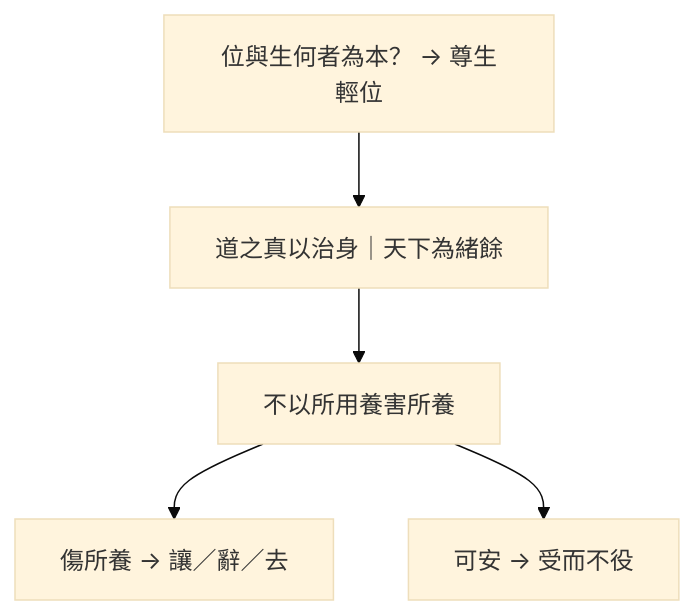
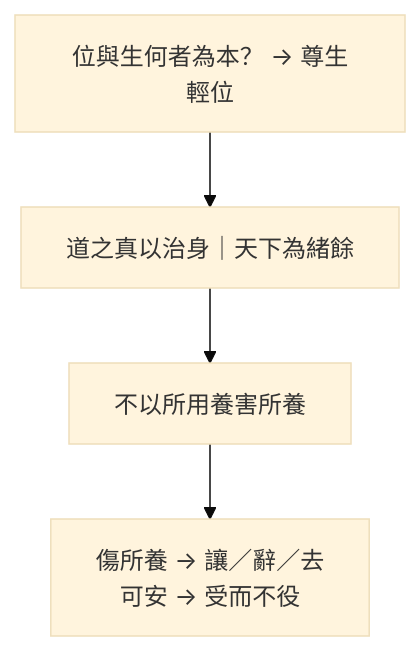
The diagram in content/chapters/03-雜篇/28-讓王.md (show0621/zhuangzi-atlas), drawn with Mermaid (base theme) before and after one commit. The commit also changed 2 other files, not shown here.

Commit message:
fix(print): 移除心智圖字級覆寫，讓 Mermaid 字隨圖放大
先前 font-size:17px !important 在 layout 後把 26–28px 字壓小，
造成框內字過細。改單欄收束〈讓王〉分支，避免左右分叉把畫布拉寬、
節點卻仍偏窄。

````diff
--- a/content/chapters/03-雜篇/28-讓王.md
+++ b/content/chapters/03-雜篇/28-讓王.md
@@ -200,8 +200,7 @@
 ```mermaid
 flowchart TB
   Q["位與生何者為本？ → 尊生輕位"]
   Q --> D["道之真以治身｜天下為緒餘"]
   D --> R["不以所用養害所養"]
-  R --> L["傷所養 → 讓／辭／去"]
-  R --> K["可安 → 受而不役"]
+  R --> C["傷所養 → 讓／辭／去<br/>可安 → 受而不役"]
 ```
````
